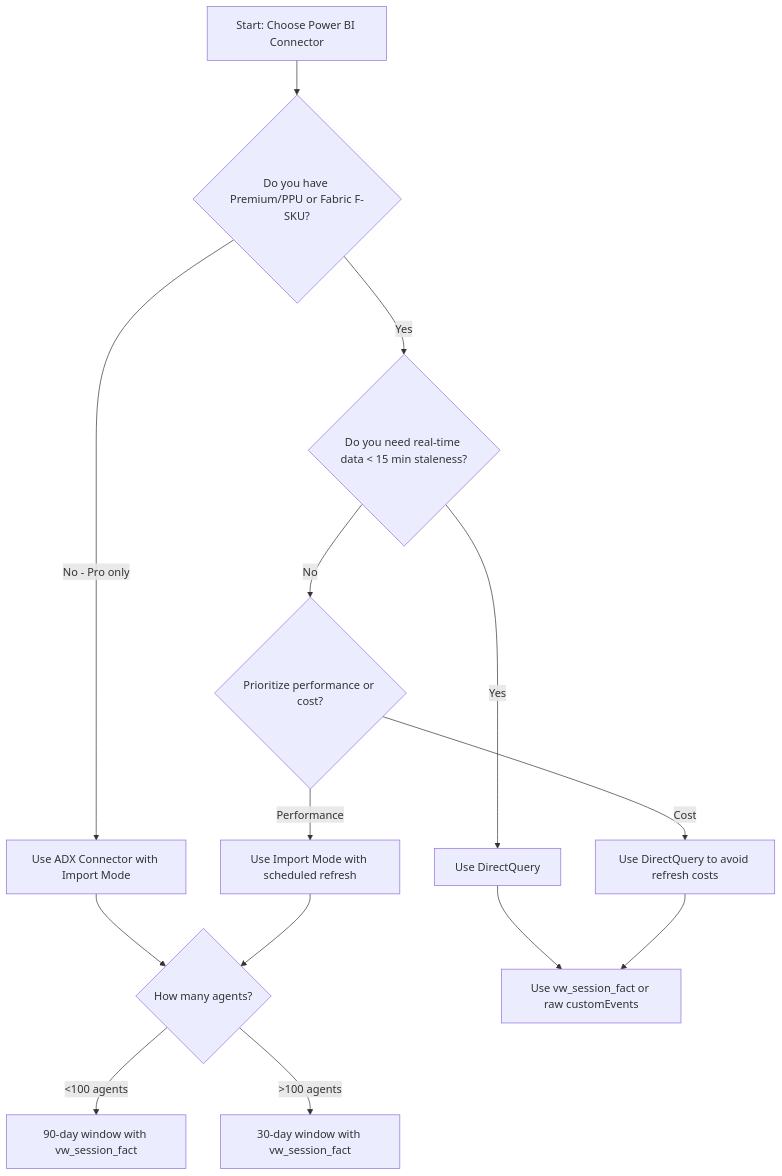
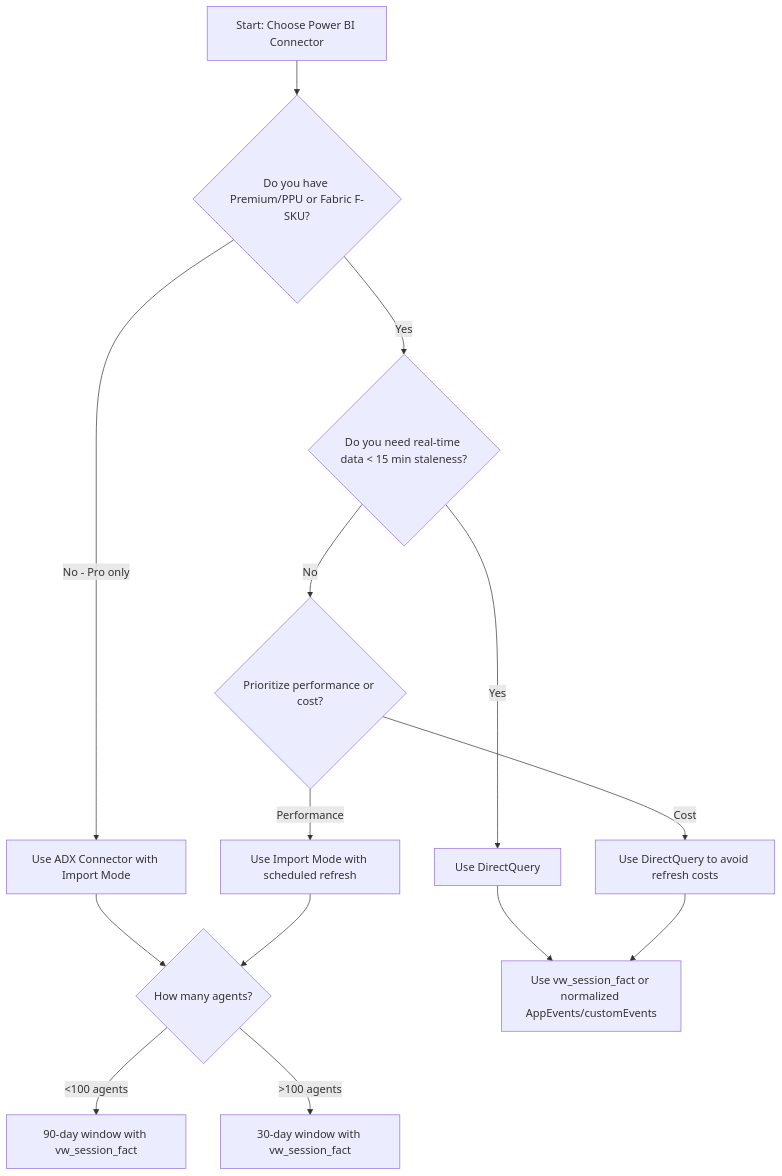
One commit to judeper/FSI-AgentGov-Solutions changed the diagram in agent-observability-foundation/power-bi/docs/connector-decision-matrix.md. Above: the diagram before and after it, drawn with Mermaid. The commit also changed other lines of this file and 41 other files, not shown here.

````diff
--- a/agent-observability-foundation/power-bi/docs/connector-decision-matrix.md
+++ b/agent-observability-foundation/power-bi/docs/connector-decision-matrix.md
@@ -26,18 +26,18 @@
 ```mermaid
 graph TD
     A[Start: Choose Power BI Connector] --> B{Do you have Premium/PPU or Fabric F-SKU?}
     B -->|No - Pro only| C[Use ADX Connector with Import Mode]
     B -->|Yes| D{Do you need real-time data < 15 min staleness?}
     D -->|Yes| E[Use DirectQuery]
     D -->|No| F{Prioritize performance or cost?}
     F -->|Performance| G[Use Import Mode with scheduled refresh]
     F -->|Cost| H[Use DirectQuery to avoid refresh costs]
 
     C --> I{How many agents?}
     I -->|<100 agents| J[90-day window with vw_session_fact]
     I -->|>100 agents| K[30-day window with vw_session_fact]
 
-    E --> L[Use vw_session_fact or raw customEvents]
+    E --> L[Use vw_session_fact or normalized AppEvents/customEvents]
     G --> I
     H --> L
 ```
````
